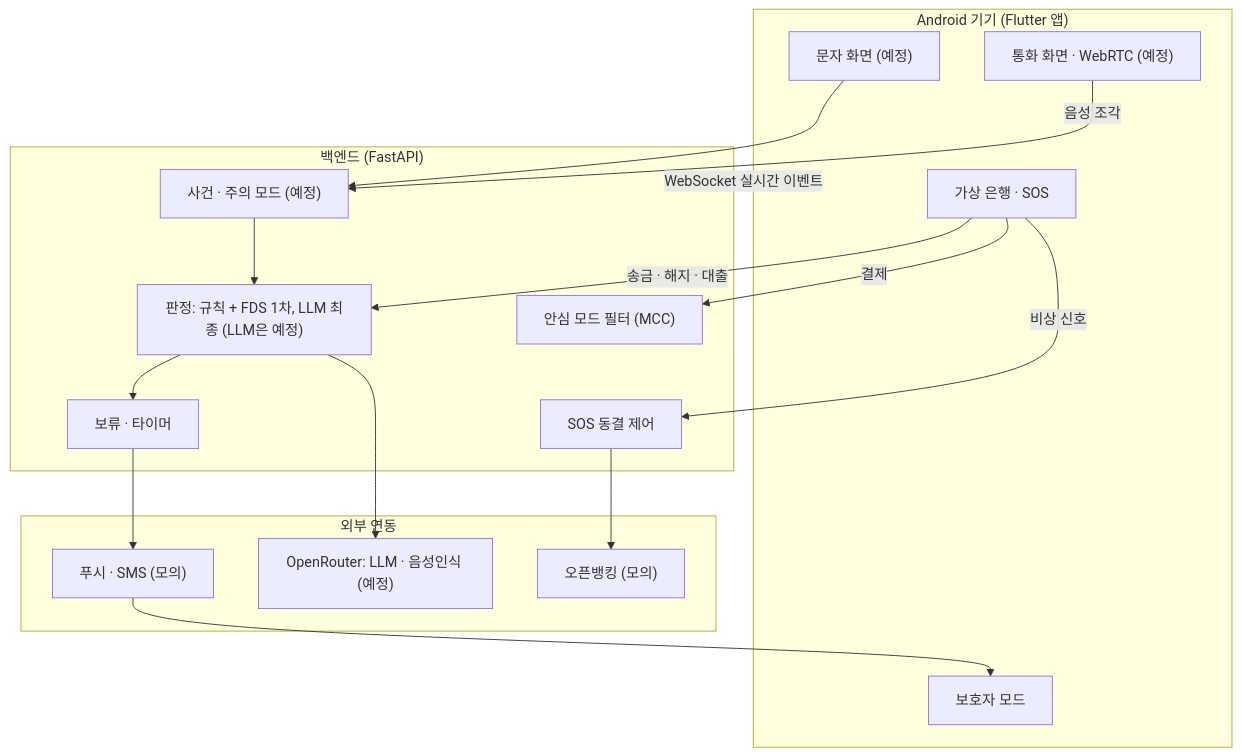
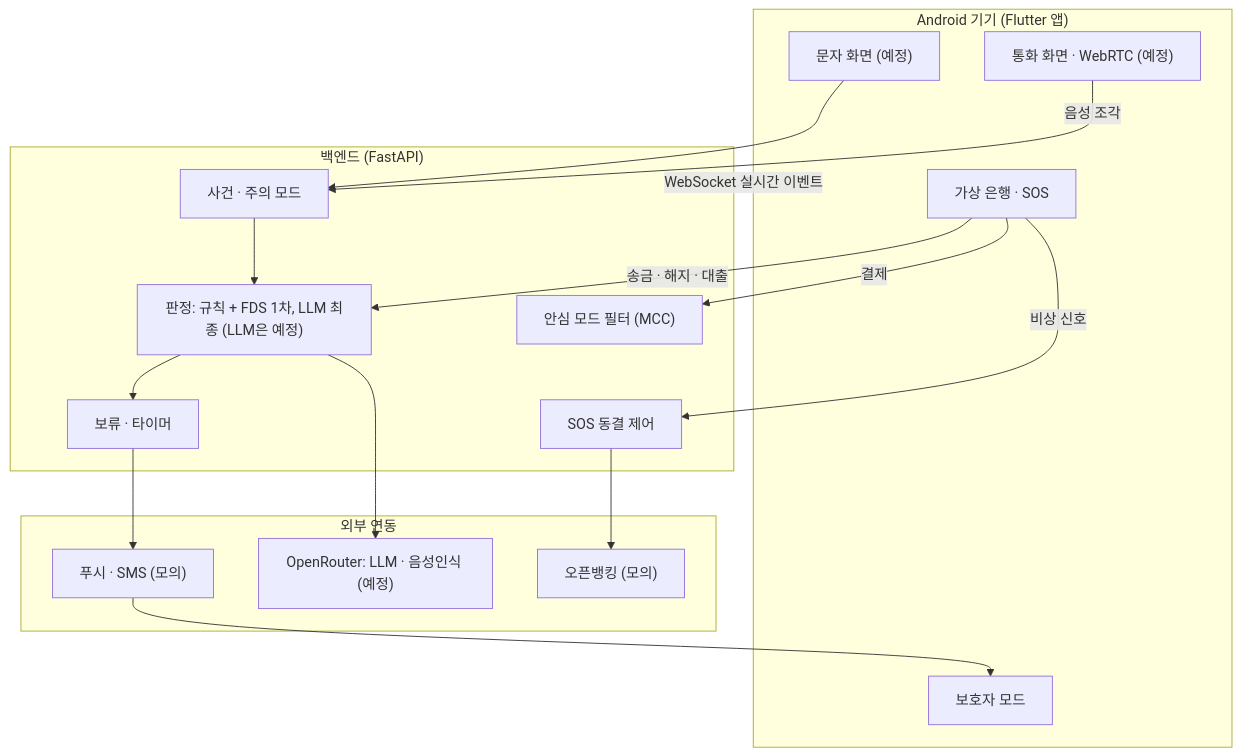
The second of 2 diagrams in README.md (Tristan-2021/finance_tech), drawn with Mermaid before and after one commit. The commit also changed other lines of this file and 38 other files, not shown here.

````diff
--- a/README.md
+++ b/README.md
@@ -107,30 +107,30 @@
 ```mermaid
 flowchart TD
     subgraph App["Android 기기 (Flutter 앱)"]
         SMS["문자 화면 (예정)"]
         CALL["통화 화면 · WebRTC (예정)"]
         BANK["가상 은행 · SOS"]
         G["보호자 모드"]
     end
     subgraph Server["백엔드 (FastAPI)"]
-        INC["사건 · 주의 모드 (예정)"]
+        INC["사건 · 주의 모드"]
         JUDGE["판정: 규칙 + FDS 1차, LLM 최종 (LLM은 예정)"]
         HOLD["보류 · 타이머"]
         SOS["SOS 동결 제어"]
         MODE["안심 모드 필터 (MCC)"]
     end
     subgraph Ext["외부 연동"]
         OR["OpenRouter: LLM · 음성인식 (예정)"]
         OB["오픈뱅킹 (모의)"]
         PUSH["푸시 · SMS (모의)"]
     end
     SMS --> INC
     CALL -- "음성 조각" --> INC
     INC --> JUDGE
     BANK -- "송금 · 해지 · 대출" --> JUDGE --> HOLD
     BANK -- "결제" --> MODE
     BANK -- "비상 신호" --> SOS --> OB
     JUDGE --> OR
     HOLD --> PUSH --> G
     Server -. "WebSocket 실시간 이벤트" .-> App
 ```
````
